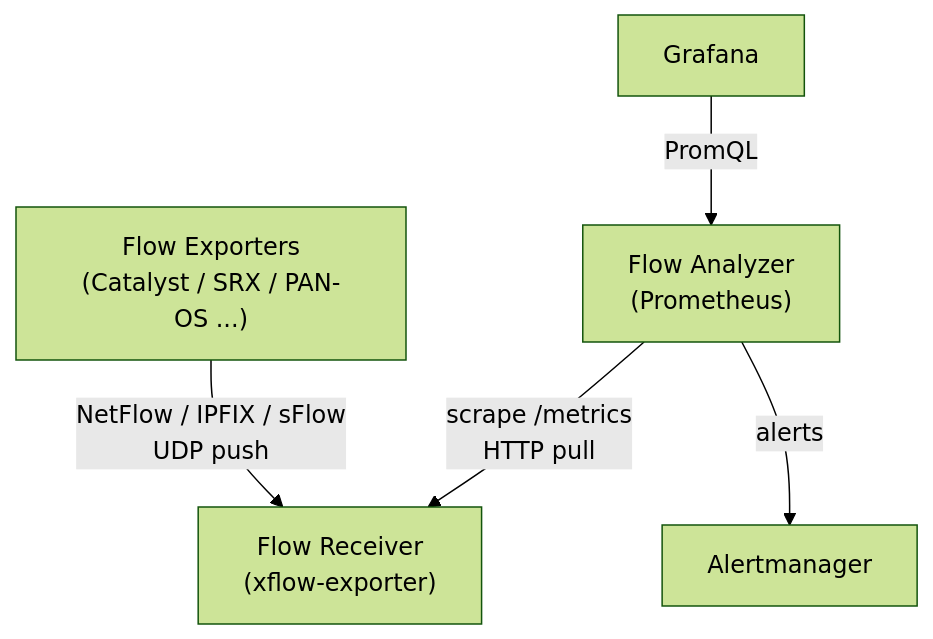
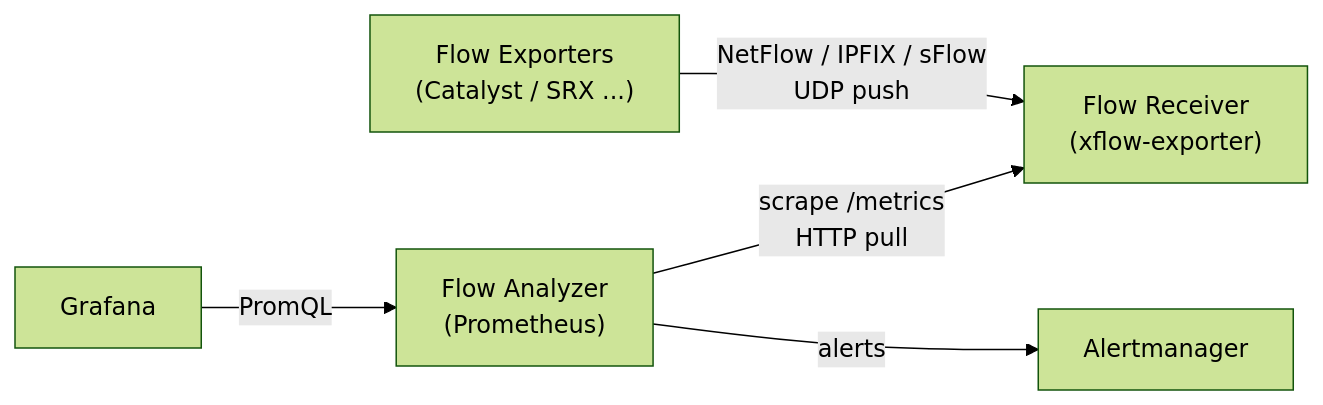
The diagram in README.md (umatare5/xflow-exporter), drawn with Mermaid (forest theme) before and after one commit. The commit also changed other lines of this file and 75 other files, not shown here.

````diff
--- a/README.md
+++ b/README.md
@@ -25,13 +28,13 @@
 ```mermaid
-flowchart TB
-    FE["Flow Exporters<br>(Catalyst / SRX / PAN-OS ...)"]
+flowchart LR
+    FE["Flow Exporters<br>(Catalyst / SRX ...)"]
     XF["Flow Receiver<br>(xflow-exporter)"]
     PROM["Flow Analyzer<br>(Prometheus)"]
     AM["Alertmanager"]
     GF["Grafana"]
 
     FE -- "NetFlow / IPFIX / sFlow<br>UDP push" --> XF
     PROM -- "scrape /metrics<br>HTTP pull" --> XF
     PROM -- "alerts" --> AM
     GF -- "PromQL" --> PROM
 ```
````
